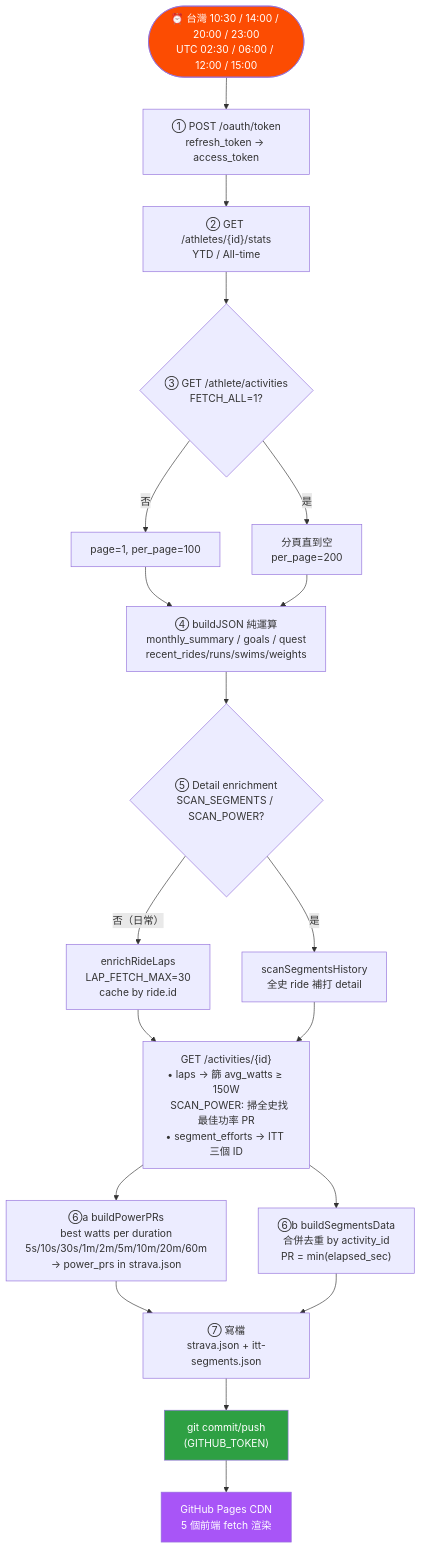
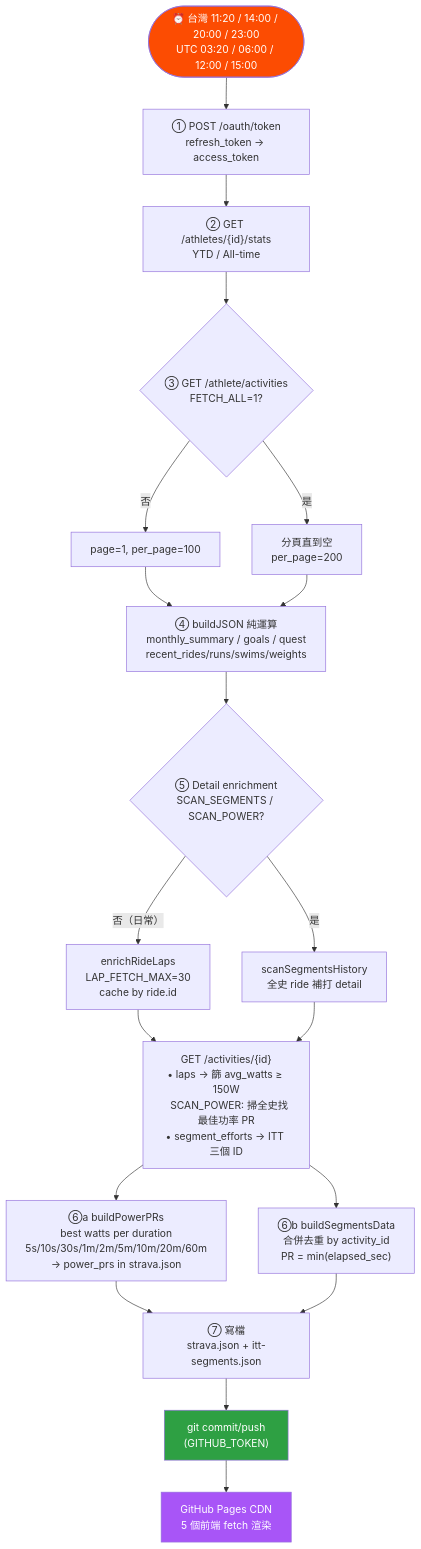
Before and after one commit to n1025819/sport_martin: the diagram in README.md, drawn with Mermaid. The commit also changed other lines of this file and 1 other file, not shown here.

````diff
--- a/README.md
+++ b/README.md
@@ -250,29 +250,29 @@
 ```mermaid
 flowchart TD
-  Cron(["⏰ 台灣 10:30 / 14:00 / 20:00 / 23:00<br/>UTC 02:30 / 06:00 / 12:00 / 15:00"]) --> Token
+  Cron(["⏰ 台灣 11:20 / 14:00 / 20:00 / 23:00<br/>UTC 03:20 / 06:00 / 12:00 / 15:00"]) --> Token
   Token["① POST /oauth/token<br/>refresh_token → access_token"] --> Stats
   Stats["② GET /athletes/{id}/stats<br/>YTD / All-time"] --> Acts
   Acts{"③ GET /athlete/activities<br/>FETCH_ALL=1?"}
   Acts -- 否 --> ActsR["page=1, per_page=100"]
   Acts -- 是 --> ActsA["分頁直到空<br/>per_page=200"]
   ActsR --> Build
   ActsA --> Build
   Build["④ buildJSON 純運算<br/>monthly_summary / goals / quest<br/>recent_rides/runs/swims/weights"] --> Mode
   Mode{"⑤ Detail enrichment<br/>SCAN_SEGMENTS / SCAN_POWER?"}
   Mode -- 否（日常） --> Daily["enrichRideLaps<br/>LAP_FETCH_MAX=30<br/>cache by ride.id"]
   Mode -- 是 --> Scan["scanSegmentsHistory<br/>全史 ride 補打 detail"]
   Daily --> Detail
   Scan --> Detail
   Detail["GET /activities/{id}<br/>• laps → 篩 avg_watts ≥ 150W<br/>  SCAN_POWER: 掃全史找最佳功率 PR<br/>• segment_efforts → ITT 三個 ID"]
   Detail --> Power["⑥a buildPowerPRs<br/>best watts per duration<br/>5s/10s/30s/1m/2m/5m/10m/20m/60m<br/>→ power_prs in strava.json"]
   Detail --> Segs["⑥b buildSegmentsData<br/>合併去重 by activity_id<br/>PR = min(elapsed_sec)"]
   Power --> Write
   Segs --> Write
   Write["⑦ 寫檔<br/>strava.json + itt-segments.json"]
   Write --> Push["git commit/push<br/>(GITHUB_TOKEN)"]
   Push --> Pages["GitHub Pages CDN<br/>5 個前端 fetch 渲染"]
 
   style Cron fill:#FC4C02,color:#fff
   style Push fill:#2ea043,color:#fff
   style Pages fill:#a855f7,color:#fff
 ```
````
